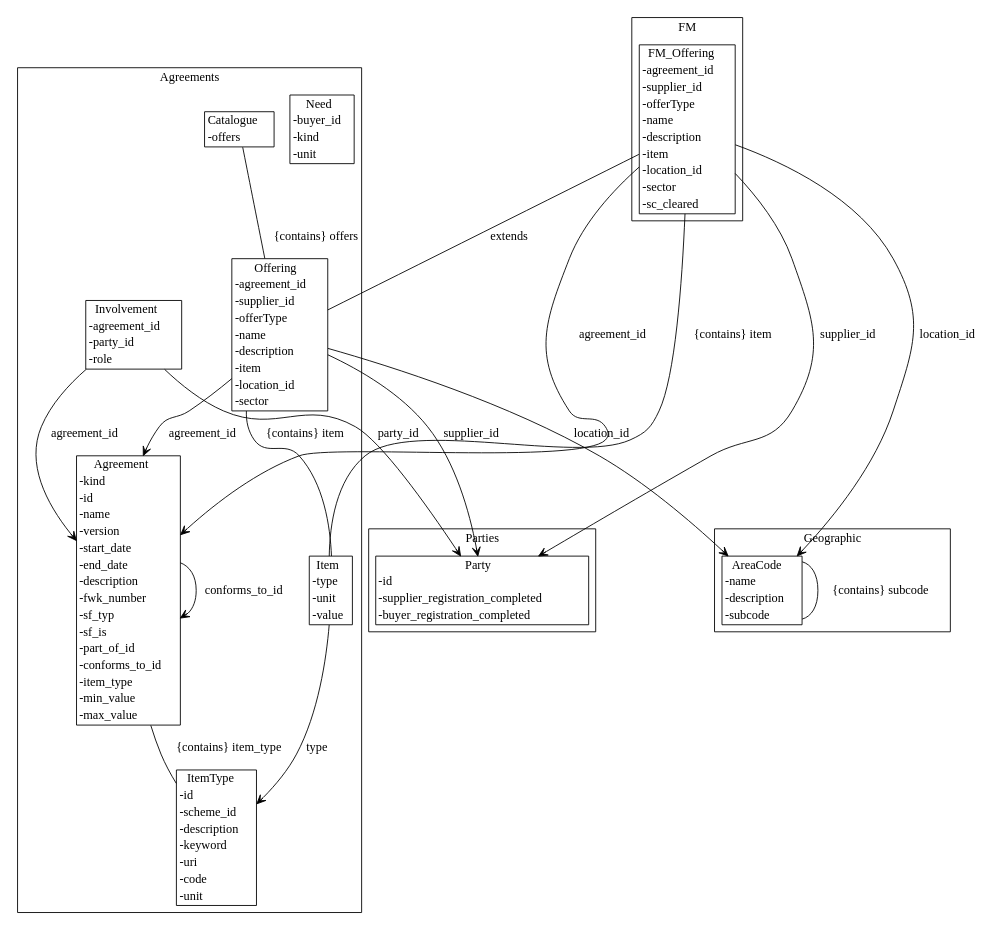
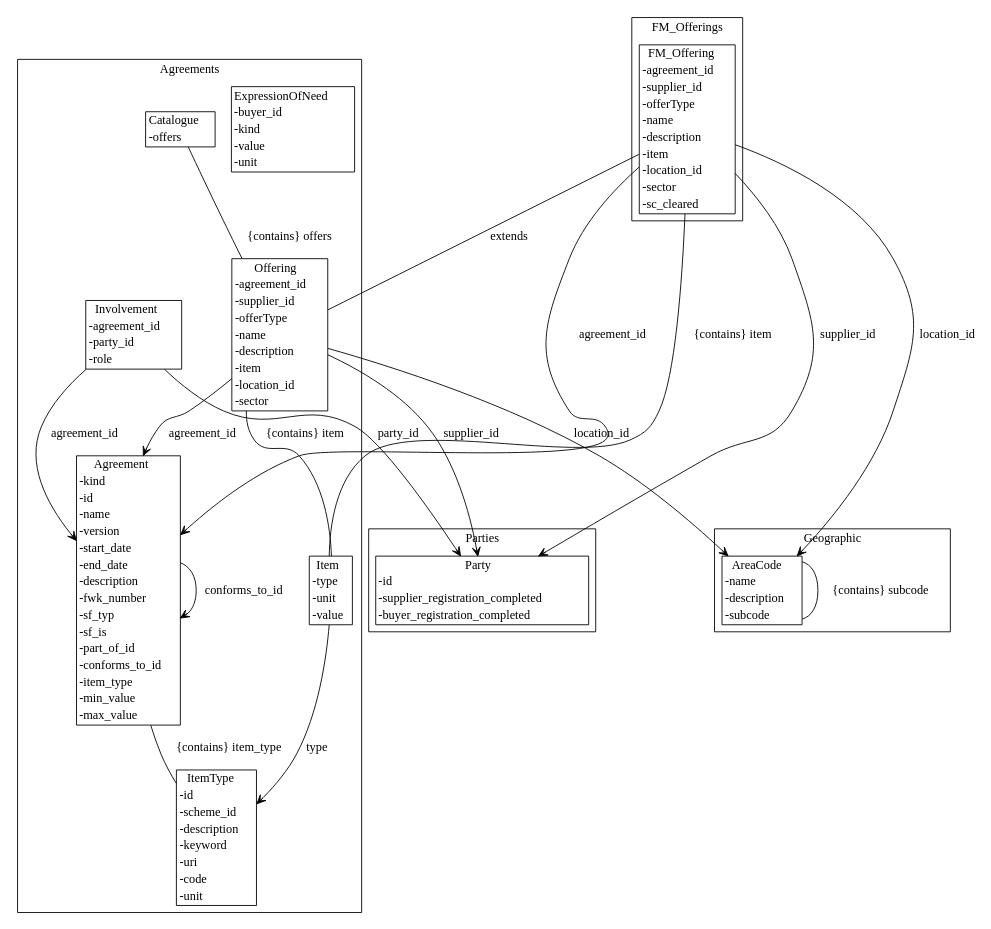
Before and after one commit to Crown-Commercial-Service/cmp-design-prototype: the diagram in agreement-design/gen/diagrams/metamodel.dot, drawn with Graphviz. The commit also changed 14 other files, not shown here.

```diff
--- a/agreement-design/gen/diagrams/metamodel.dot
+++ b/agreement-design/gen/diagrams/metamodel.dot
@@ -1,45 +1,45 @@
 strict digraph {
 subgraph cluster_Agreements {
 node [shape=plaintext margin=0];
 label=Agreements;
 "ItemType" [label=<<table BORDER="1" CELLBORDER="0" CELLSPACING="0"><TH><TD>ItemType</TD></TH><TR><TD ALIGN="LEFT">-id</TD></TR><TR><TD ALIGN="LEFT">-scheme_id</TD></TR><TR><TD ALIGN="LEFT">-description</TD></TR><TR><TD ALIGN="LEFT">-keyword</TD></TR><TR><TD ALIGN="LEFT">-uri</TD></TR><TR><TD ALIGN="LEFT">-code</TD></TR><TR><TD ALIGN="LEFT">-unit</TD></TR></table>>];
-"Need" [label=<<table BORDER="1" CELLBORDER="0" CELLSPACING="0"><TH><TD>Need</TD></TH><TR><TD ALIGN="LEFT">-buyer_id</TD></TR><TR><TD ALIGN="LEFT">-kind</TD></TR><TR><TD ALIGN="LEFT">-unit</TD></TR></table>>];
+"ExpressionOfNeed" [label=<<table BORDER="1" CELLBORDER="0" CELLSPACING="0"><TH><TD>ExpressionOfNeed</TD></TH><TR><TD ALIGN="LEFT">-buyer_id</TD></TR><TR><TD ALIGN="LEFT">-kind</TD></TR><TR><TD ALIGN="LEFT">-value</TD></TR><TR><TD ALIGN="LEFT">-unit</TD></TR></table>>];
 "Agreement" [label=<<table BORDER="1" CELLBORDER="0" CELLSPACING="0"><TH><TD>Agreement</TD></TH><TR><TD ALIGN="LEFT">-kind</TD></TR><TR><TD ALIGN="LEFT">-id</TD></TR><TR><TD ALIGN="LEFT">-name</TD></TR><TR><TD ALIGN="LEFT">-version</TD></TR><TR><TD ALIGN="LEFT">-start_date</TD></TR><TR><TD ALIGN="LEFT">-end_date</TD></TR><TR><TD ALIGN="LEFT">-description</TD></TR><TR><TD ALIGN="LEFT">-fwk_number</TD></TR><TR><TD ALIGN="LEFT">-sf_typ</TD></TR><TR><TD ALIGN="LEFT">-sf_is</TD></TR><TR><TD ALIGN="LEFT">-part_of_id</TD></TR><TR><TD ALIGN="LEFT">-conforms_to_id</TD></TR><TR><TD ALIGN="LEFT">-item_type</TD></TR><TR><TD ALIGN="LEFT">-min_value</TD></TR><TR><TD ALIGN="LEFT">-max_value</TD></TR></table>>];
 "Item" [label=<<table BORDER="1" CELLBORDER="0" CELLSPACING="0"><TH><TD>Item</TD></TH><TR><TD ALIGN="LEFT">-type</TD></TR><TR><TD ALIGN="LEFT">-unit</TD></TR><TR><TD ALIGN="LEFT">-value</TD></TR></table>>];
 "Offering" [label=<<table BORDER="1" CELLBORDER="0" CELLSPACING="0"><TH><TD>Offering</TD></TH><TR><TD ALIGN="LEFT">-agreement_id</TD></TR><TR><TD ALIGN="LEFT">-supplier_id</TD></TR><TR><TD ALIGN="LEFT">-offerType</TD></TR><TR><TD ALIGN="LEFT">-name</TD></TR><TR><TD ALIGN="LEFT">-description</TD></TR><TR><TD ALIGN="LEFT">-item</TD></TR><TR><TD ALIGN="LEFT">-location_id</TD></TR><TR><TD ALIGN="LEFT">-sector</TD></TR></table>>];
 "Catalogue" [label=<<table BORDER="1" CELLBORDER="0" CELLSPACING="0"><TH><TD>Catalogue</TD></TH><TR><TD ALIGN="LEFT">-offers</TD></TR></table>>];
 "Involvement" [label=<<table BORDER="1" CELLBORDER="0" CELLSPACING="0"><TH><TD>Involvement</TD></TH><TR><TD ALIGN="LEFT">-agreement_id</TD></TR><TR><TD ALIGN="LEFT">-party_id</TD></TR><TR><TD ALIGN="LEFT">-role</TD></TR></table>>];
 }
 subgraph cluster_Parties {
 node [shape=plaintext margin=0];
 label=Parties;
 "Party" [label=<<table BORDER="1" CELLBORDER="0" CELLSPACING="0"><TH><TD>Party</TD></TH><TR><TD ALIGN="LEFT">-id</TD></TR><TR><TD ALIGN="LEFT">-supplier_registration_completed</TD></TR><TR><TD ALIGN="LEFT">-buyer_registration_completed</TD></TR></table>>];
 }
 subgraph cluster_Geographic {
 node [shape=plaintext margin=0];
 label=Geographic;
 "AreaCode" [label=<<table BORDER="1" CELLBORDER="0" CELLSPACING="0"><TH><TD>AreaCode</TD></TH><TR><TD ALIGN="LEFT">-name</TD></TR><TR><TD ALIGN="LEFT">-description</TD></TR><TR><TD ALIGN="LEFT">-subcode</TD></TR></table>>];
 }
-subgraph cluster_FM {
+subgraph cluster_FM_Offerings {
 node [shape=plaintext margin=0];
-label=FM;
+label=FM_Offerings;
 "FM_Offering" [label=<<table BORDER="1" CELLBORDER="0" CELLSPACING="0"><TH><TD>FM_Offering</TD></TH><TR><TD ALIGN="LEFT">-agreement_id</TD></TR><TR><TD ALIGN="LEFT">-supplier_id</TD></TR><TR><TD ALIGN="LEFT">-offerType</TD></TR><TR><TD ALIGN="LEFT">-name</TD></TR><TR><TD ALIGN="LEFT">-description</TD></TR><TR><TD ALIGN="LEFT">-item</TD></TR><TR><TD ALIGN="LEFT">-location_id</TD></TR><TR><TD ALIGN="LEFT">-sector</TD></TR><TR><TD ALIGN="LEFT">-sc_cleared</TD></TR></table>>];
 }
 "Agreement" -> "Agreement" [label="part_of_id" arrowhead = "open" arrowtail = "none" ];
 "Agreement" -> "Agreement" [label="conforms_to_id" arrowhead = "open" arrowtail = "none" ];
 "Agreement" -> "ItemType" [label="{contains} item_type" arrowhead = "none" arrowtail = "diamond" ];
 "Item" -> "ItemType" [label="type" arrowhead = "open" arrowtail = "none" ];
 "Offering" -> "Agreement" [label="agreement_id" arrowhead = "open" arrowtail = "none" ];
 "Offering" -> "Party" [label="supplier_id" arrowhead = "open" arrowtail = "none" ];
 "Offering" -> "Item" [label="{contains} item" arrowhead = "none" arrowtail = "diamond" ];
 "Offering" -> "AreaCode" [label="location_id" arrowhead = "open" arrowtail = "none" ];
 "Catalogue" -> "Offering" [label="{contains} offers" arrowhead = "none" arrowtail = "diamond" ];
 "Involvement" -> "Agreement" [label="agreement_id" arrowhead = "open" arrowtail = "none" ];
 "Involvement" -> "Party" [label="party_id" arrowhead = "open" arrowtail = "none" ];
 "AreaCode" -> "AreaCode" [label="{contains} subcode" arrowhead = "none" arrowtail = "diamond" ];
 "FM_Offering" -> "Offering" [label="extends" arrowhead = "none" arrowtail = "normal" ];
 "FM_Offering" -> "Agreement" [label="agreement_id" arrowhead = "open" arrowtail = "none" ];
 "FM_Offering" -> "Party" [label="supplier_id" arrowhead = "open" arrowtail = "none" ];
 "FM_Offering" -> "Item" [label="{contains} item" arrowhead = "none" arrowtail = "diamond" ];
 "FM_Offering" -> "AreaCode" [label="location_id" arrowhead = "open" arrowtail = "none" ];
 }
```
